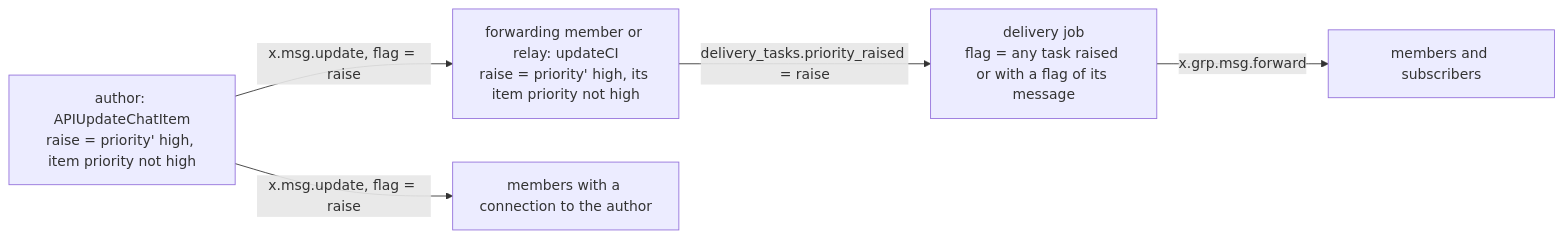
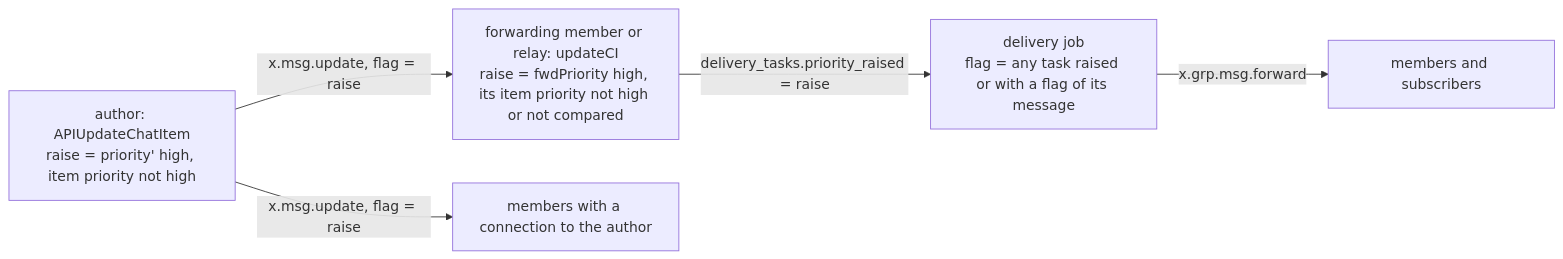
The diagram in plans/2026-10-13-message-priority.md (simplex-chat/simplex-chat), drawn with Mermaid before and after one commit. The commit also changed other lines of this file and 1 other file, not shown here.

Commit message:
plans: forwarders decide by the group's rules, not their own copy

````diff
--- a/plans/2026-10-13-message-priority.md
+++ b/plans/2026-10-13-message-priority.md
@@ -196,7 +204,7 @@
 ```mermaid
 flowchart LR
-  A["author: APIUpdateChatItem<br>raise = priority' high, item priority not high"] -->|"x.msg.update, flag = raise"| F["forwarding member or relay: updateCI<br>raise = priority' high, its item priority not high"]
+  A["author: APIUpdateChatItem<br>raise = priority' high, item priority not high"] -->|"x.msg.update, flag = raise"| F["forwarding member or relay: updateCI<br>raise = fwdPriority high, its item priority not high or not compared"]
   A -->|"x.msg.update, flag = raise"| M["members with a connection to the author"]
   F -->|"delivery_tasks.priority_raised = raise"| J["delivery job<br>flag = any task raised or with a flag of its message"]
   J -->|"x.grp.msg.forward"| S["members and subscribers"]
 ```
````
